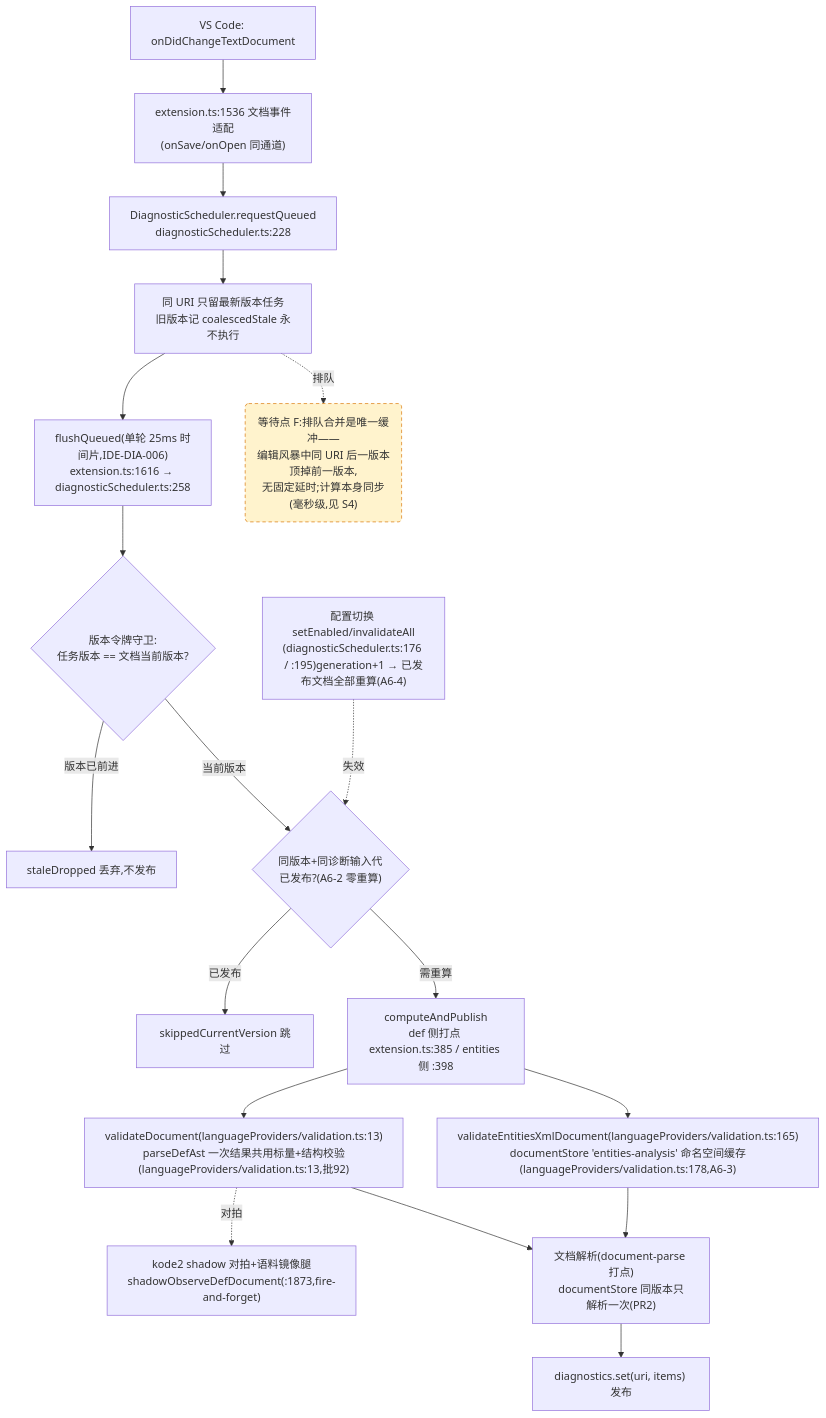
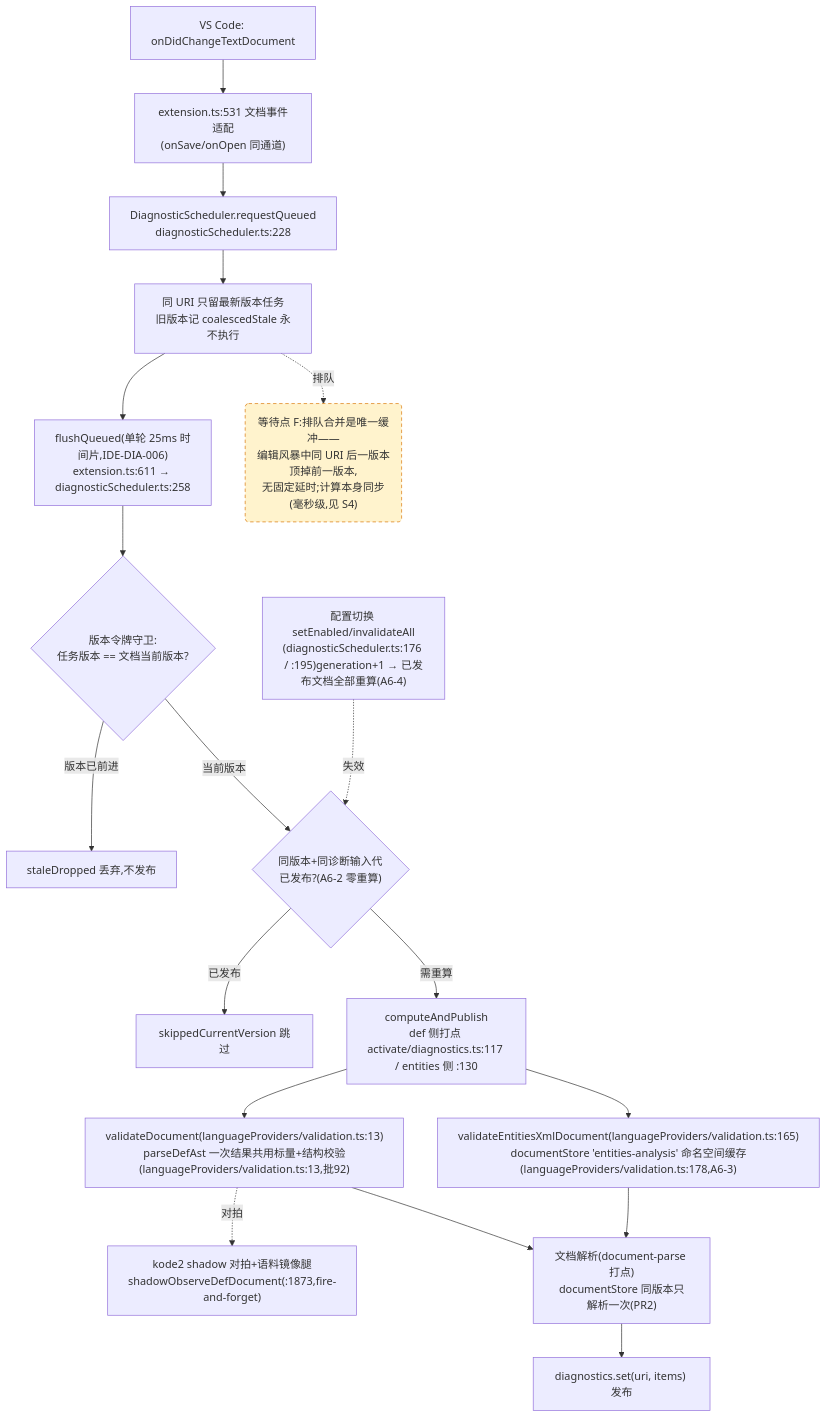
Before and after one commit to cuihairu/kode: the fourth of 4 diagrams in docs/perf/2026-baseline.md, drawn with Mermaid. The commit also changed 5 other files, not shown here.

````diff
--- a/docs/perf/2026-baseline.md
+++ b/docs/perf/2026-baseline.md
@@ -214,38 +214,38 @@
 ```mermaid
 flowchart TD
   CHG["VS Code: onDidChangeTextDocument"]
-  WATCH["extension.ts:1536 文档事件适配<br/>(onSave/onOpen 同通道)"]
+  WATCH["extension.ts:531 文档事件适配<br/>(onSave/onOpen 同通道)"]
   RQ["DiagnosticScheduler.requestQueued<br/>diagnosticScheduler.ts:228"]
   CO["同 URI 只留最新版本任务<br/>旧版本记 coalescedStale 永不执行"]
-  FL["flushQueued(单轮 25ms 时间片,IDE-DIA-006)<br/>extension.ts:1616 → diagnosticScheduler.ts:258"]
+  FL["flushQueued(单轮 25ms 时间片,IDE-DIA-006)<br/>extension.ts:611 → diagnosticScheduler.ts:258"]
   VG{"版本令牌守卫:<br/>任务版本 == 文档当前版本?"}
   DROP["staleDropped 丢弃,不发布"]
   GEN{"同版本+同诊断输入代<br/>已发布?(A6-2 零重算)"}
   SKIP["skippedCurrentVersion 跳过"]
-  CALC["computeAndPublish<br/>def 侧打点 extension.ts:385 / entities 侧 :398"]
+  CALC["computeAndPublish<br/>def 侧打点 activate/diagnostics.ts:117 / entities 侧 :130"]
   VD["validateDocument(languageProviders/validation.ts:13)<br/>parseDefAst 一次结果共用标量+结构校验(languageProviders/validation.ts:13,批92)"]
   VEX["validateEntitiesXmlDocument(languageProviders/validation.ts:165)<br/>documentStore 'entities-analysis' 命名空间缓存(languageProviders/validation.ts:178,A6-3)"]
   SHDD["kode2 shadow 对拍+语料镜像腿<br/>shadowObserveDefDocument(:1873,fire-and-forget)"]
   DS["文档解析(document-parse 打点)<br/>documentStore 同版本只解析一次(PR2)"]
   PUB["diagnostics.set(uri, items) 发布"]
   CFG2["配置切换 setEnabled/invalidateAll<br/>(diagnosticScheduler.ts:176 / :195)generation+1 → 已发布文档全部重算(A6-4)"]
 
   CHG --> WATCH --> RQ --> CO --> FL --> VG
   VG -- "版本已前进" --> DROP
   VG -- "当前版本" --> GEN
   GEN -- "已发布" --> SKIP
   GEN -- "需重算" --> CALC
   CALC --> VD
   CALC --> VEX
   VD --> DS
   VEX --> DS
   DS --> PUB
   VD -.->|对拍| SHDD
   CFG2 -.->|失效| GEN
 
   WAITF("等待点 F:排队合并是唯一缓冲——<br/>编辑风暴中同 URI 后一版本顶掉前一版本,<br/>无固定延时;计算本身同步(毫秒级,见 S4)")
   CO -.->|排队| WAITF
 
   classDef waitPoint fill:#fff3cd,stroke:#d97706,stroke-dasharray:5 4;
   class WAITF waitPoint;
 ```
````
